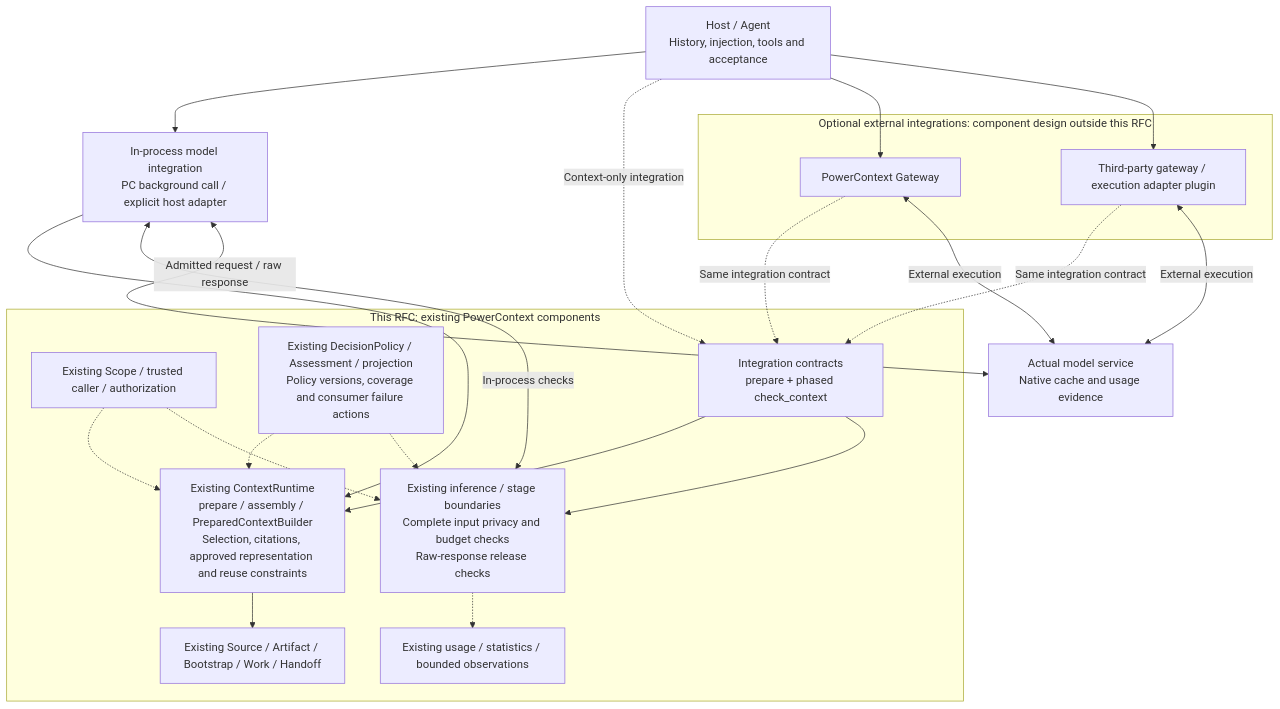
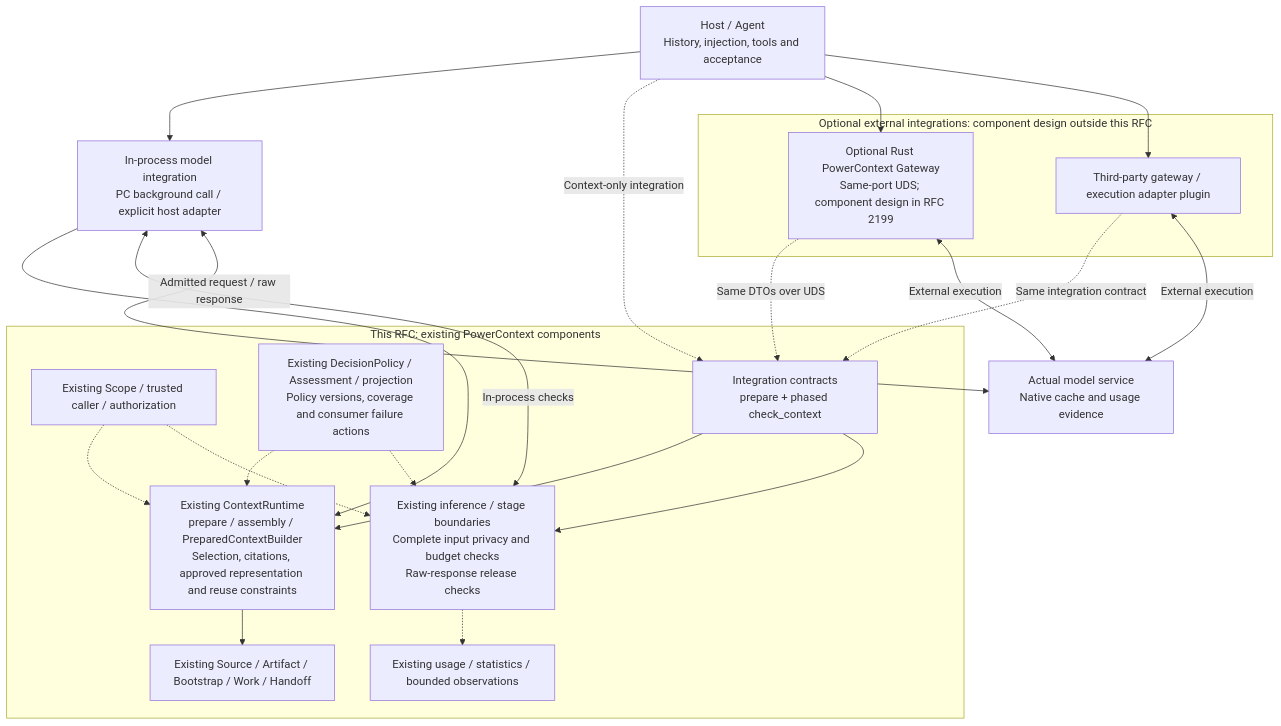
One commit to 2397819368a-oss/powercontext-2026 changed the first of 2 diagrams in docs/en/rfcs/2086-core-inference-gates-and-optional-gateway.md. Above: the diagram before and after it, drawn with Mermaid. The commit also changed other lines of this file and 1 other file, not shown here.

Commit message:
docs(rfc): align Core with Rust gateway integration

````diff
--- a/docs/en/rfcs/2086-core-inference-gates-and-optional-gateway.md
+++ b/docs/en/rfcs/2086-core-inference-gates-and-optional-gateway.md
@@ -155,41 +155,41 @@
 ```mermaid
 flowchart TB
     HOST["Host / Agent<br/>History, injection, tools and acceptance"]
     SDK["In-process model integration<br/>PC background call / explicit host adapter"]
 
     subgraph CORE["This RFC: existing PowerContext components"]
         AUTH["Existing Scope / trusted caller / authorization"]
         CONTEXT["Existing ContextRuntime<br/>prepare / assembly / PreparedContextBuilder<br/>Selection, citations, approved representation and reuse constraints"]
         CHECK["Existing inference / stage boundaries<br/>Complete input privacy and budget checks<br/>Raw-response release checks"]
         POLICY["Existing DecisionPolicy / Assessment / projection<br/>Policy versions, coverage and consumer failure actions"]
         DATA["Existing Source / Artifact / Bootstrap / Work / Handoff"]
         USAGE["Existing usage / statistics / bounded observations"]
         API["Integration contracts<br/>prepare + phased check_context"]
         AUTH -.-> CONTEXT
         AUTH -.-> CHECK
         CONTEXT --> DATA
         POLICY -.-> CONTEXT
         POLICY -.-> CHECK
         CHECK -.-> USAGE
         API --> CONTEXT
         API --> CHECK
     end
 
     subgraph EXTERNAL["Optional external integrations: component design outside this RFC"]
-        PCGW["PowerContext Gateway"]
+        PCGW["Optional Rust PowerContext Gateway<br/>Same-port UDS; component design in RFC 2199"]
         THIRD["Third-party gateway / execution adapter plugin"]
     end
     MODEL["Actual model service<br/>Native cache and usage evidence"]
 
     HOST --> SDK
     HOST -. "Context-only integration" .-> API
     SDK --> CONTEXT
     SDK <-->|"In-process checks"| CHECK
     SDK <-->|"Admitted request / raw response"| MODEL
     HOST --> PCGW
     HOST --> THIRD
-    PCGW -. "Same integration contract" .-> API
+    PCGW -. "Same DTOs over UDS" .-> API
     THIRD -. "Same integration contract" .-> API
     PCGW <-->|"External execution"| MODEL
     THIRD <-->|"External execution"| MODEL
 ```
````
